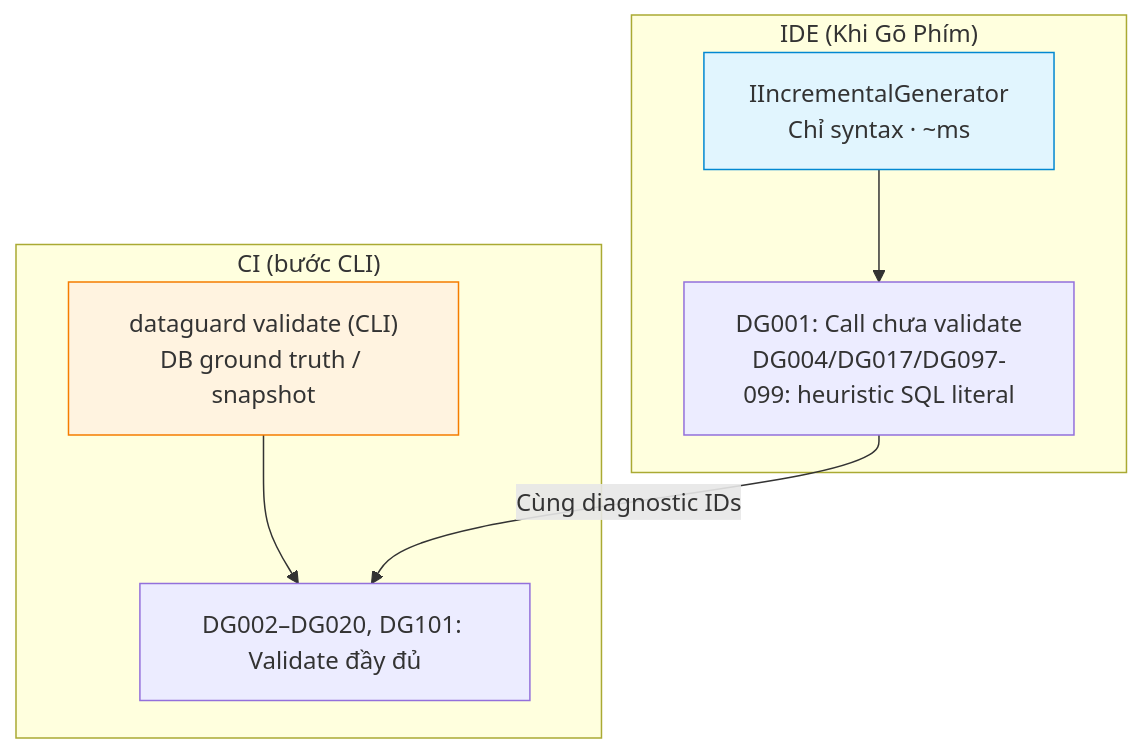
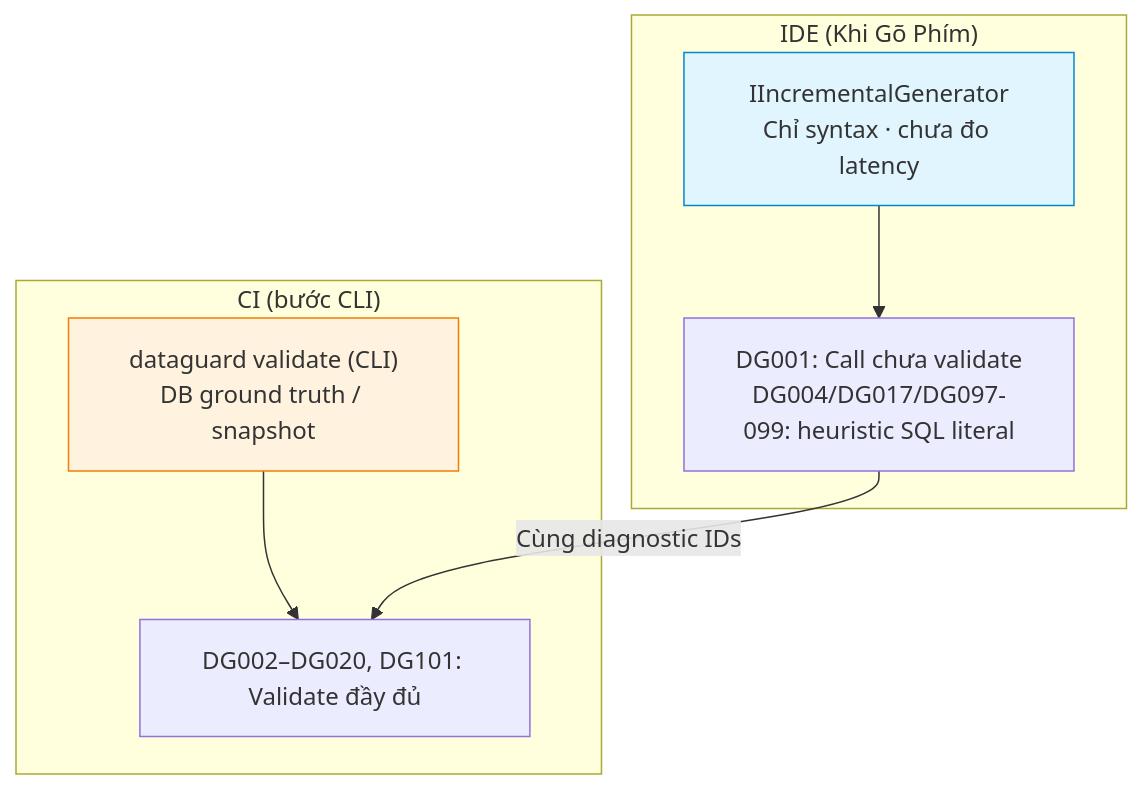
One commit to thanhnt-sm/eco_support_net_oracle changed the sixth of 8 diagrams in docs/02-architecture/design-philosophy.vi.md. Above: the diagram before and after it, drawn with Mermaid. The commit also changed other lines of this file and 98 other files, not shown here.

````diff
--- a/docs/02-architecture/design-philosophy.vi.md
+++ b/docs/02-architecture/design-philosophy.vi.md
@@ -212,17 +212,17 @@
 ```mermaid
 flowchart TD
     subgraph "IDE (Khi Gõ Phím)"
-        A["IIncrementalGenerator<br/>Chỉ syntax · ~ms"]
+        A["IIncrementalGenerator<br/>Chỉ syntax · chưa đo latency"]
         A --> B["DG001: Call chưa validate<br/>DG004/DG017/DG097-099: heuristic SQL literal"]
     end
 
     subgraph "CI (bước CLI)"
         C["dataguard validate (CLI)<br/>DB ground truth / snapshot"]
         C --> D["DG002–DG020, DG101: Validate đầy đủ"]
     end
 
     B -->|"Cùng diagnostic IDs"| D
 
     style A fill:#e1f5fe,stroke:#0288d1
     style C fill:#fff3e0,stroke:#f57c00
 ```
````
